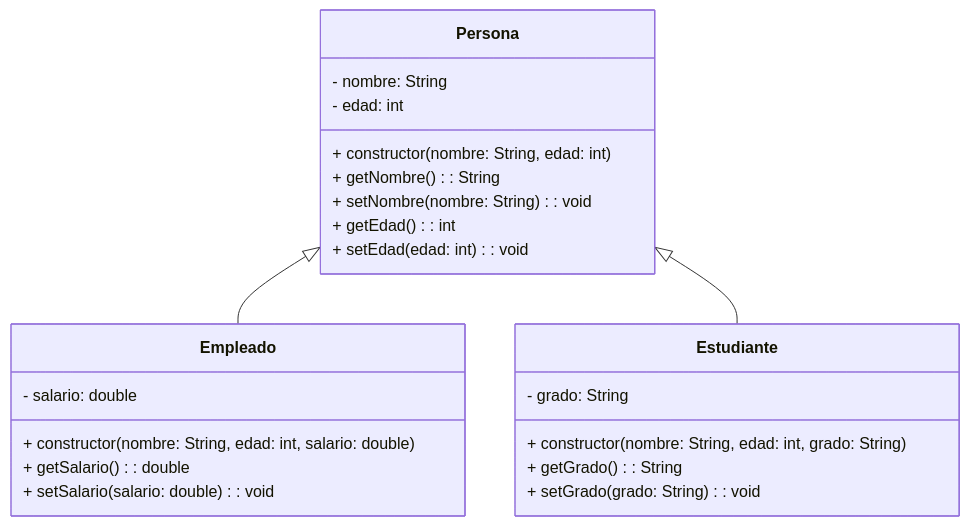
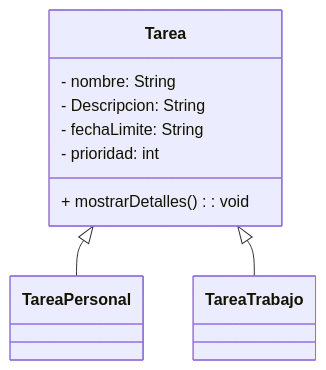
The first of 2 diagrams in README.md (rifi45/Gestor-Tareas), drawn with Mermaid before and after one commit.

Commit message:
añadir diagrama de clases a README

````diff
--- a/README.md
+++ b/README.md
@@ -7,29 +7,23 @@
 ```mermaid
 classDiagram
-    class Persona {
+    class Tarea {
         - nombre: String
-        - edad: int
-        + constructor(nombre: String, edad: int)
-        + getNombre(): String
-        + setNombre(nombre: String): void
-        + getEdad(): int
-        + setEdad(edad: int): void
+        - Descripcion: String
+        - fechaLimite: String
+        - prioridad: int
+        + mostrarDetalles(): void
     }
 
-    class Empleado {
-        - salario: double
-        + constructor(nombre: String, edad: int, salario: double)
-        + getSalario(): double
-        + setSalario(salario: double): void
+    class TareaPersonal {
+       
     }
 
-    class Estudiante {
-        - grado: String
-        + constructor(nombre: String, edad: int, grado: String)
-        + getGrado(): String
-        + setGrado(grado: String): void
+    class TareaTrabajo {
+        
     }
 
-    Persona <|-- Empleado
-    Persona <|-- Estudiante
+    Tarea <|-- TareaPersonal
+    Tarea <|-- TareaTrabajo
+
+
 ```
````
